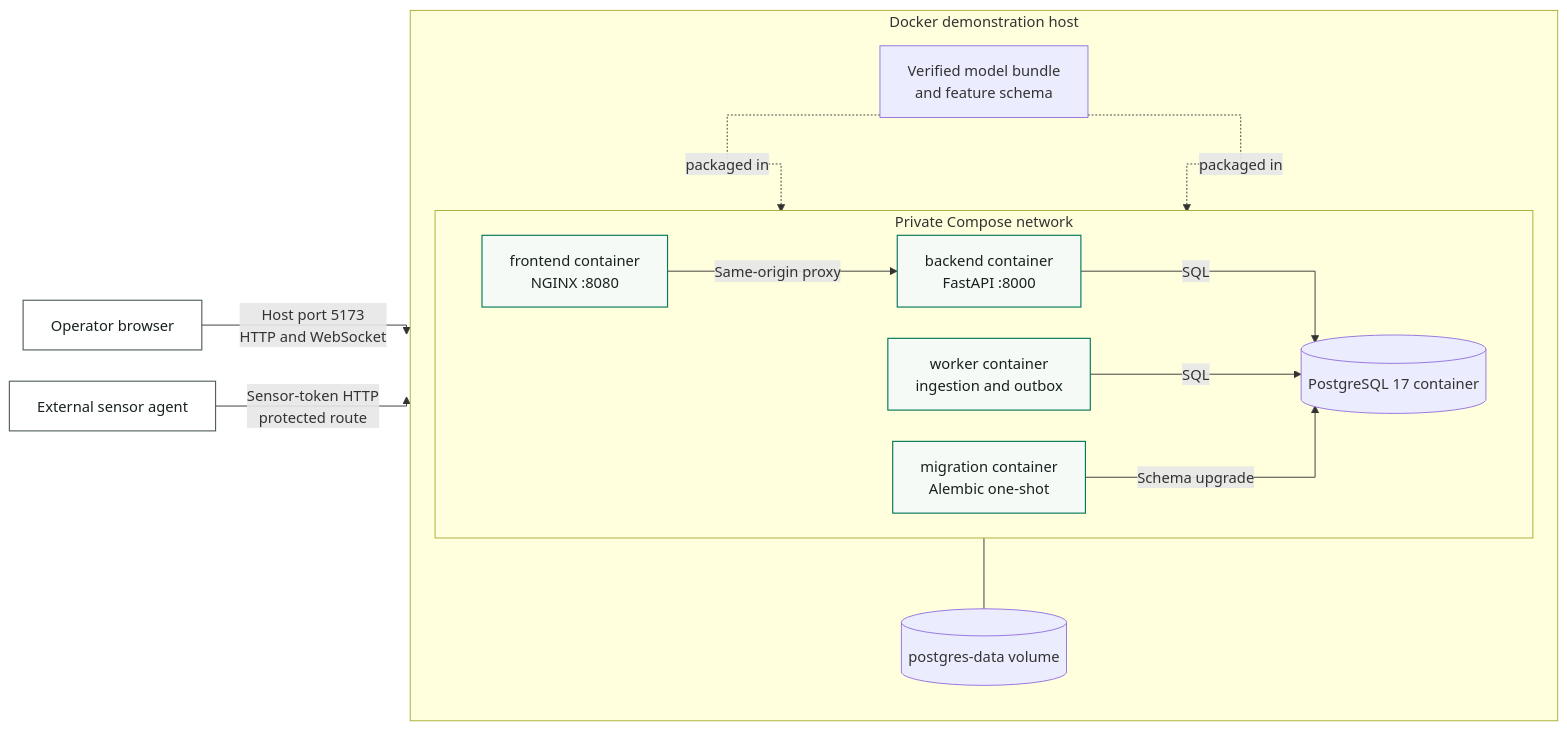
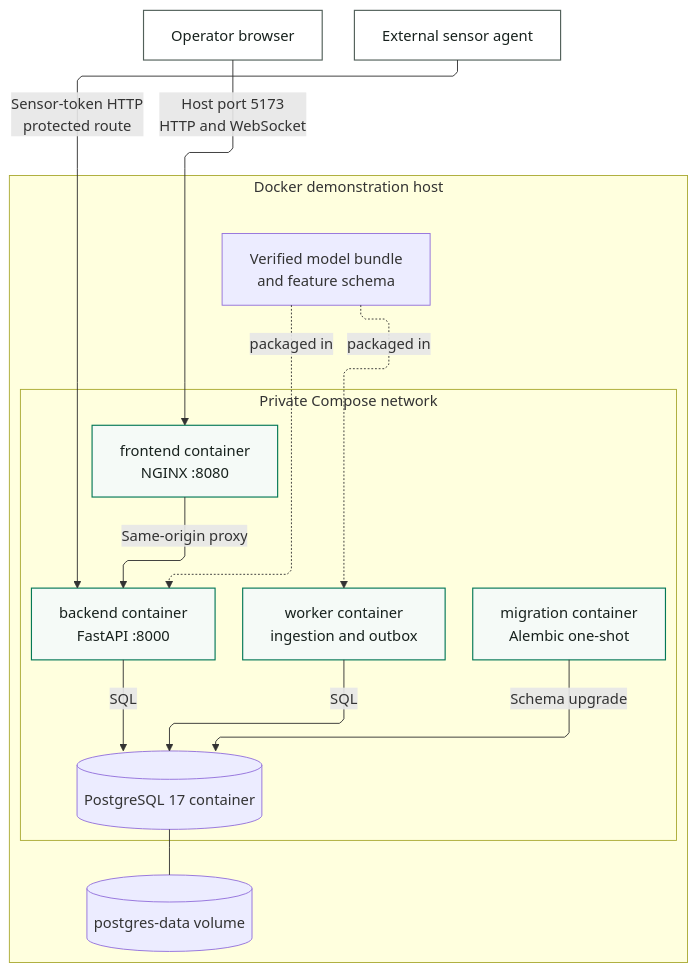
One commit to ZakariaElKhaldi/4iir-sr changed the diagram in diagrams/15-docker-deployment.mmd. Above: the diagram before and after it, drawn with Mermaid. The commit also changed 50 other files, not shown here.

```diff
--- a/diagrams/15-docker-deployment.mmd
+++ b/diagrams/15-docker-deployment.mmd
@@ -1,28 +1,37 @@
-%%{init: {"flowchart": {"curve": "stepAfter", "nodeSpacing": 34, "rankSpacing": 52}, "themeVariables": {"fontSize": "16px"}}}%%
-flowchart LR
+---
+config:
+  layout: elk
+  flowchart:
+    curve: linear
+    nodeSpacing: 38
+    rankSpacing: 58
+  themeVariables:
+    fontSize: 16px
+---
+flowchart TB
     Browser[Operator browser]
     Sensor[External sensor agent]
 
     subgraph Host[Docker demonstration host]
-        direction TB
+        direction LR
         subgraph PrivateNetwork[Private Compose network]
-            direction LR
+            direction TB
             Frontend[frontend container<br/>NGINX :8080] -->|Same-origin proxy| Backend[backend container<br/>FastAPI :8000]
             Backend -->|SQL| Database[(PostgreSQL 17 container)]
             Worker[worker container<br/>ingestion and outbox] -->|SQL| Database
             Migration[migration container<br/>Alembic one-shot] -->|Schema upgrade| Database
         end
         Volume[(postgres-data volume)]
         Bundle[Verified model bundle<br/>and feature schema]
     end
 
     Browser -->|Host port 5173<br/>HTTP and WebSocket| Frontend
     Sensor -->|Sensor-token HTTP<br/>protected route| Backend
     Database --- Volume
     Bundle -. packaged in .-> Backend
     Bundle -. packaged in .-> Worker
 
     classDef external fill:#ffffff,stroke:#52605a,color:#17211d,stroke-width:1.25px;
     classDef container fill:#f5faf7,stroke:#047857,color:#17211d,stroke-width:1.25px;
     class Browser,Sensor external;
     class Frontend,Backend,Worker,Migration container;
```
